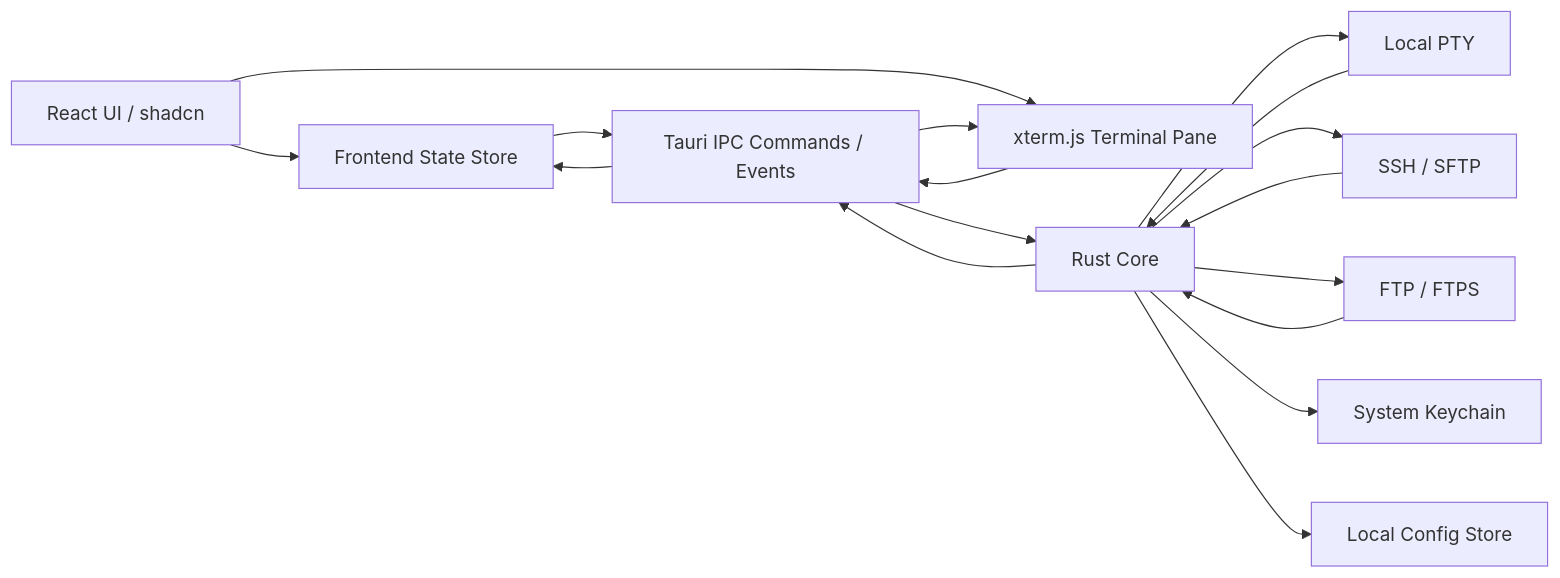
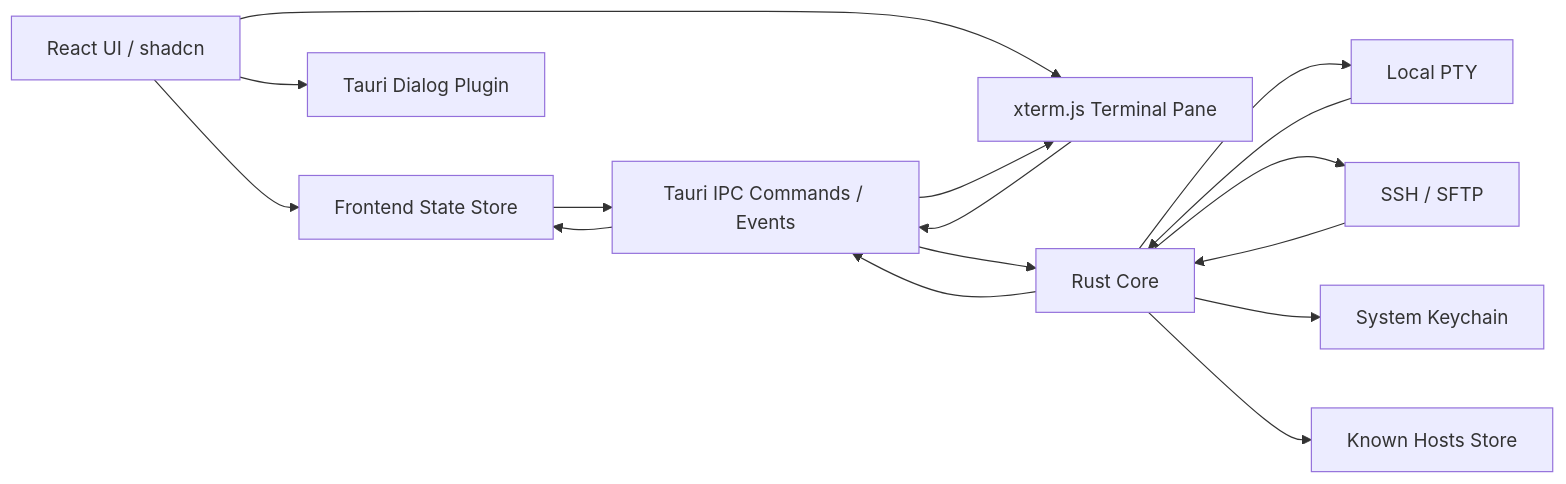
The diagram in docs/02-architecture-and-stack.md (gsxhnd/Puck), drawn with Mermaid before and after one commit. The commit also changed other lines of this file and 52 other files, not shown here.

````diff
--- a/docs/02-architecture-and-stack.md
+++ b/docs/02-architecture-and-stack.md
@@ -18,30 +20,29 @@
 ```mermaid
 flowchart LR
   UI["React UI / shadcn"]
   Terminal["xterm.js Terminal Pane"]
   Store["Frontend State Store"]
   IPC["Tauri IPC Commands / Events"]
   Core["Rust Core"]
   PTY["Local PTY"]
   SSH["SSH / SFTP"]
-  FTP["FTP / FTPS"]
   Keyring["System Keychain"]
-  Config["Local Config Store"]
+  KnownHosts["Known Hosts Store"]
+  Dialog["Tauri Dialog Plugin"]
 
   UI --> Store
   UI --> Terminal
   Terminal --> IPC
   Store --> IPC
   IPC --> Core
   Core --> PTY
   Core --> SSH
-  Core --> FTP
   Core --> Keyring
-  Core --> Config
+  Core --> KnownHosts
+  UI --> Dialog
   PTY --> Core
   SSH --> Core
-  FTP --> Core
   Core --> IPC
   IPC --> Terminal
   IPC --> Store
 ```
````
